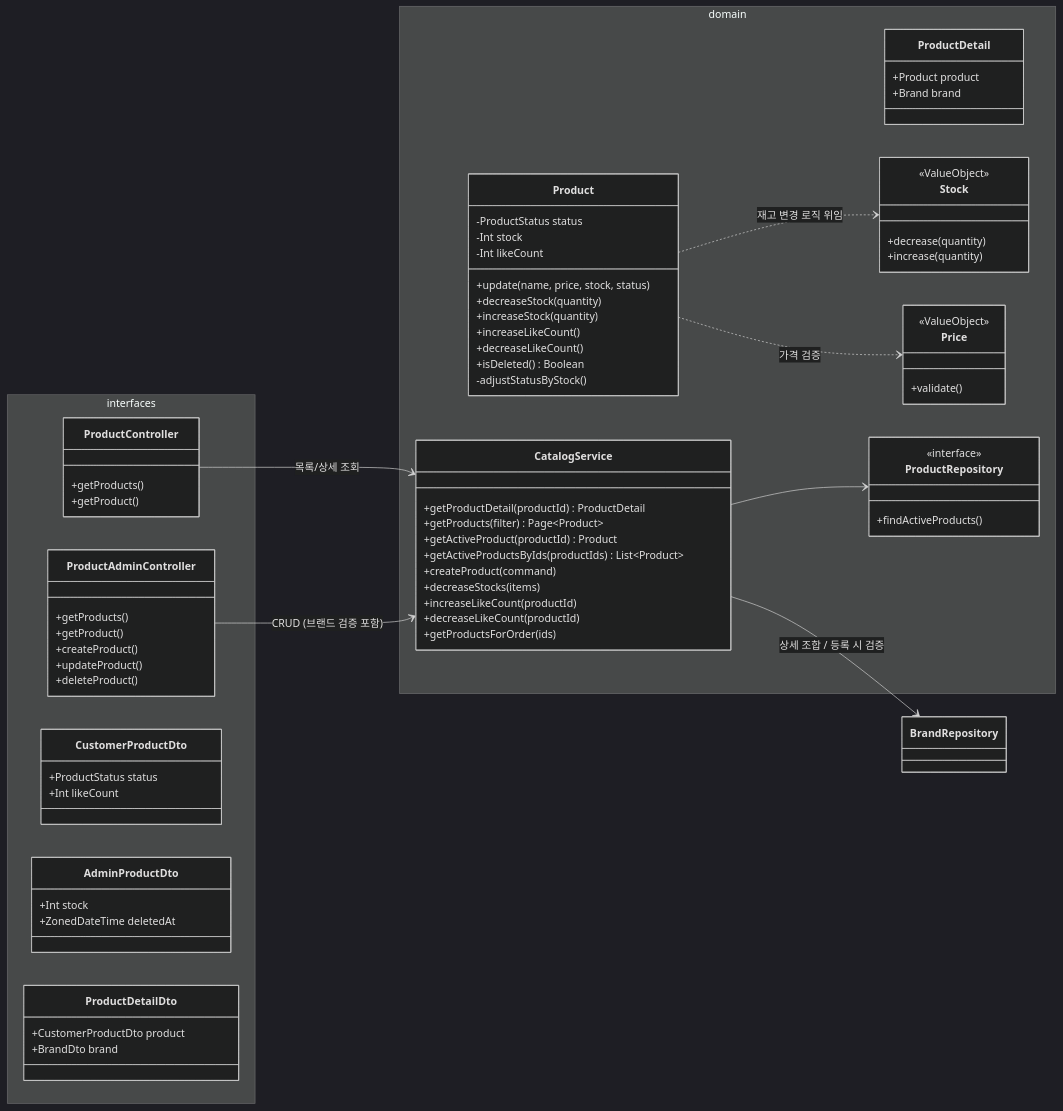
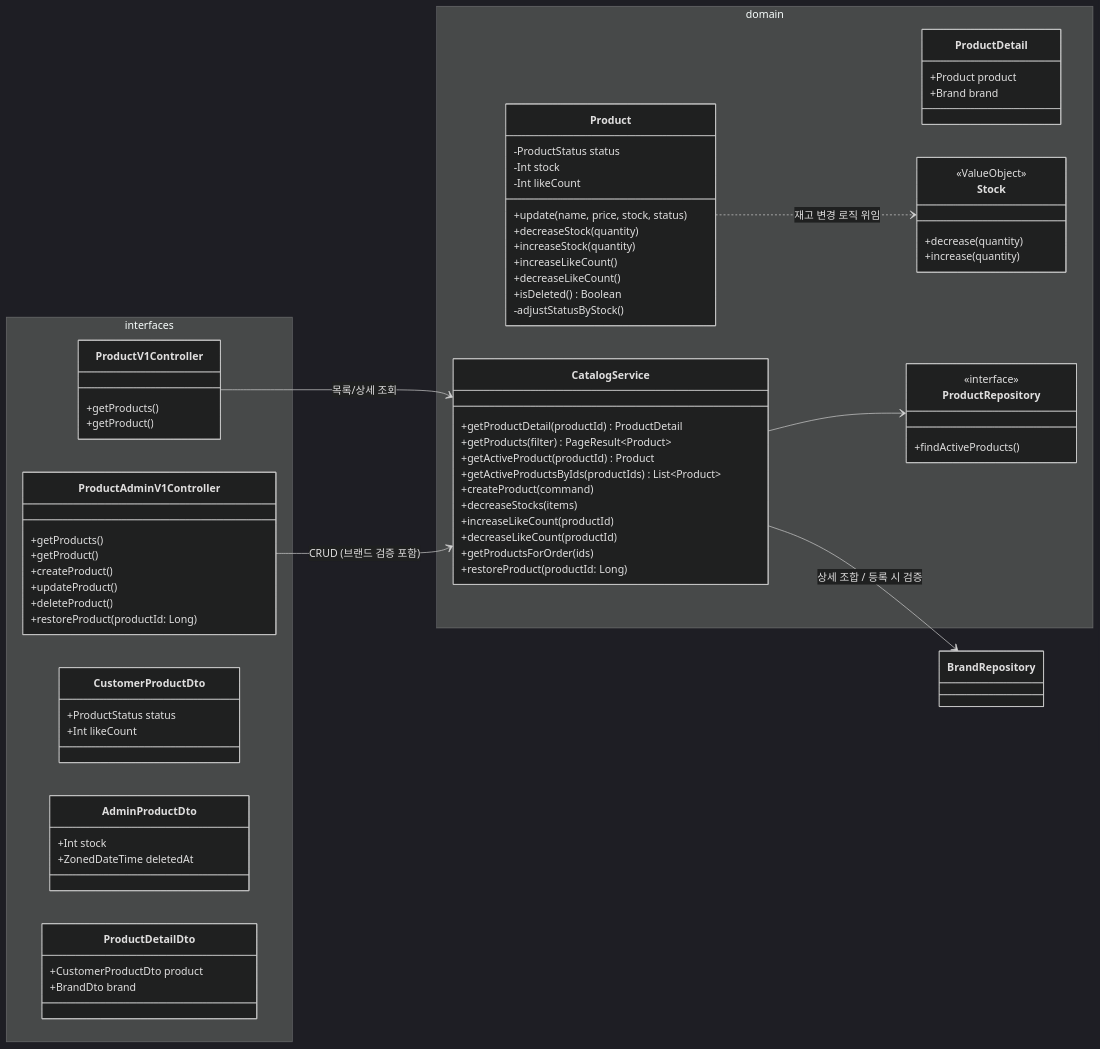
The third of 8 diagrams in docs/design/03-class-diagram.md (Loopers-dev-lab/loop-pack-be-l2-vol3-kotlin), drawn with Mermaid (dark theme) before and after one commit. The commit also changed other lines of this file and 7 other files, not shown here.

````diff
--- a/docs/design/03-class-diagram.md
+++ b/docs/design/03-class-diagram.md
@@ -206,80 +200,78 @@
 ```mermaid
 classDiagram
     direction LR
 
     namespace interfaces {
-        class ProductController {
+        class ProductV1Controller {
             +getProducts()
             +getProduct()
         }
-        class ProductAdminController {
+        class ProductAdminV1Controller {
             +getProducts()
             +getProduct()
             +createProduct()
             +updateProduct()
             +deleteProduct()
+            +restoreProduct(productId: Long)
         }
         class CustomerProductDto {
             +ProductStatus status
             +Int likeCount
         }
         class AdminProductDto {
             +Int stock
             +ZonedDateTime deletedAt
         }
         class ProductDetailDto {
             +CustomerProductDto product
             +BrandDto brand
         }
     }
 
     namespace domain {
         class ProductDetail {
             +Product product
             +Brand brand
         }
         class Product {
             -ProductStatus status
             -Int stock
             -Int likeCount
             +update(name, price, stock, status)
             +decreaseStock(quantity)
             +increaseStock(quantity)
             +increaseLikeCount()
             +decreaseLikeCount()
             +isDeleted() Boolean
             -adjustStatusByStock()
         }
         class Stock {
             <<ValueObject>>
             +decrease(quantity)
             +increase(quantity)
         }
-        class Price {
-            <<ValueObject>>
-            +validate()
-        }
+    %% Price VO 삭제 — Product.guard()에서 인라인 검증
         class CatalogService {
             +getProductDetail(productId) ProductDetail
-            +getProducts(filter) Page~Product~
+            +getProducts(filter) PageResult~Product~
             +getActiveProduct(productId) Product
             +getActiveProductsByIds(productIds) List~Product~
             +createProduct(command)
             +decreaseStocks(items)
             +increaseLikeCount(productId)
             +decreaseLikeCount(productId)
             +getProductsForOrder(ids)
+            +restoreProduct(productId: Long)
         }
         class ProductRepository {
             <<interface>>
             +findActiveProducts()
         }
     }
 
-    ProductController --> CatalogService: 목록/상세 조회
-    ProductAdminController --> CatalogService: CRUD (브랜드 검증 포함)
+    ProductV1Controller --> CatalogService: 목록/상세 조회
+    ProductAdminV1Controller --> CatalogService: CRUD (브랜드 검증 포함)
     CatalogService --> ProductRepository
     CatalogService --> BrandRepository: 상세 조합 / 등록 시 검증
     Product ..> Stock: 재고 변경 로직 위임
-    Product ..> Price: 가격 검증
 ```
````
